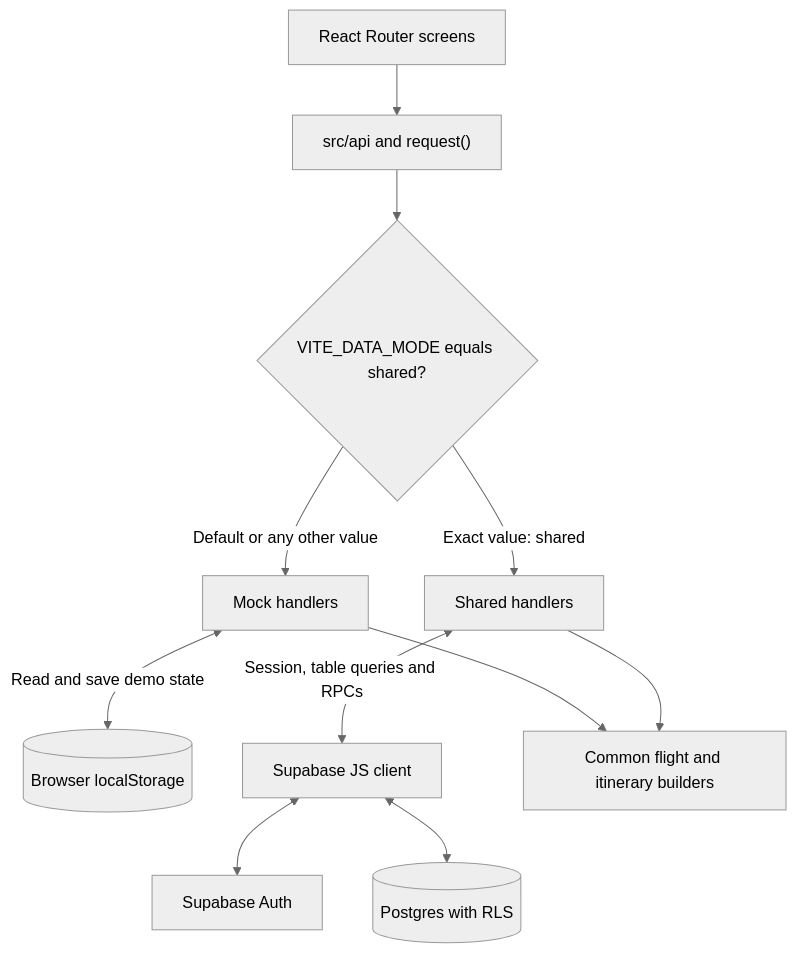
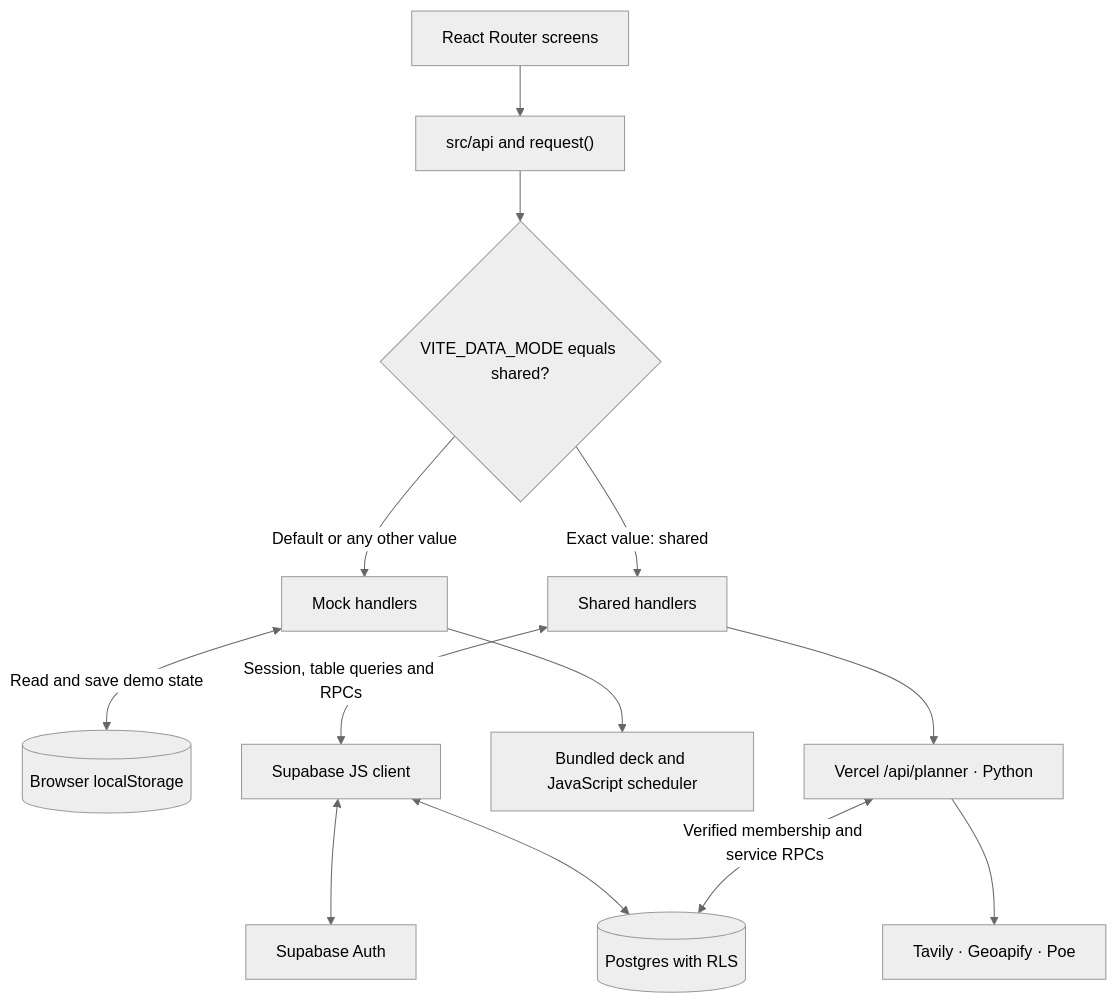
One commit to claranatalie01/Cathay-Together changed the second of 5 diagrams in cathay-app/ARCHITECTURE.md. Above: the diagram before and after it, drawn with Mermaid (neutral theme). The commit also changed other lines of this file and 30 other files, not shown here.

````diff
--- a/cathay-app/ARCHITECTURE.md
+++ b/cathay-app/ARCHITECTURE.md
@@ -24,13 +24,15 @@
 ```mermaid
 flowchart TD
     screens["React Router screens"] --> api["src/api and request()"]
     api --> mode{"VITE_DATA_MODE equals shared?"}
     mode -->|"Default or any other value"| mock["Mock handlers"]
     mode -->|"Exact value: shared"| shared["Shared handlers"]
     mock <-->|"Read and save demo state"| local[("Browser localStorage")]
     shared <-->|"Session, table queries and RPCs"| supabase["Supabase JS client"]
     supabase <--> auth["Supabase Auth"]
     supabase <--> postgres[("Postgres with RLS")]
-    mock --> builders["Common flight and itinerary builders"]
-    shared --> builders
+    mock --> localplan["Bundled deck and JavaScript scheduler"]
+    shared --> planner["Vercel /api/planner · Python"]
+    planner --> providers["Tavily · Geoapify · Poe"]
+    planner <-->|"Verified membership and service RPCs"| postgres
 ```
````
